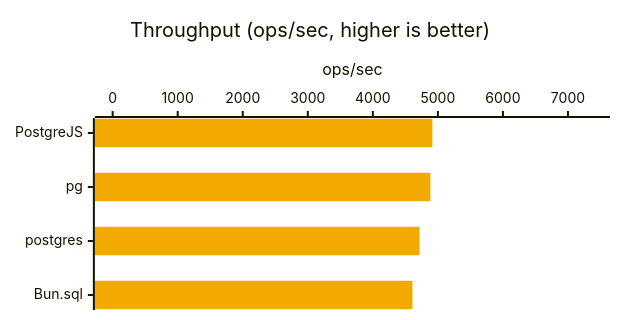
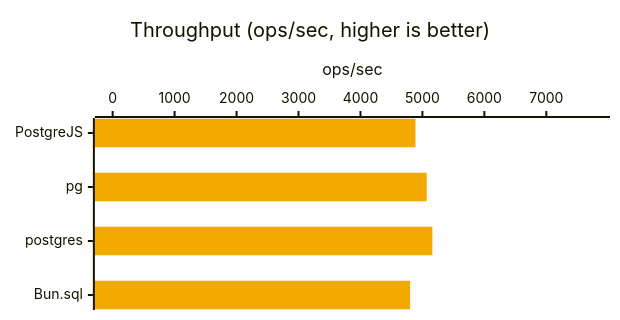
One commit to panates/postgrejs-doc changed the fifth of 56 diagrams in docs/getting-started/benchmarks-bun.md. Above: the diagram before and after it, drawn with Mermaid. The commit also changed other lines of this file and 24 other files, not shown here.

````diff
--- a/docs/getting-started/benchmarks-bun.md
+++ b/docs/getting-started/benchmarks-bun.md
@@ -180,8 +180,8 @@
 ```mermaid
 %%{init: {'xyChart': {'width': 600, 'height': 300, 'chartOrientation': 'horizontal'}, 'themeVariables': {'xyChart': {'plotColorPalette': '#f2a900'}}}}%%
 xychart-beta
     title "Throughput (ops/sec, higher is better)"
     x-axis ["PostgreJS", "pg", "postgres", "Bun.sql"]
-    y-axis "ops/sec" 0.0000 --> 7372.9417
-    bar [4915.2944, 4884.5908, 4717.9954, 4608.8695]
+    y-axis "ops/sec" 0.0000 --> 7741.0530
+    bar [4887.9641, 5070.2566, 5160.7020, 4801.3626]
 ```
````
